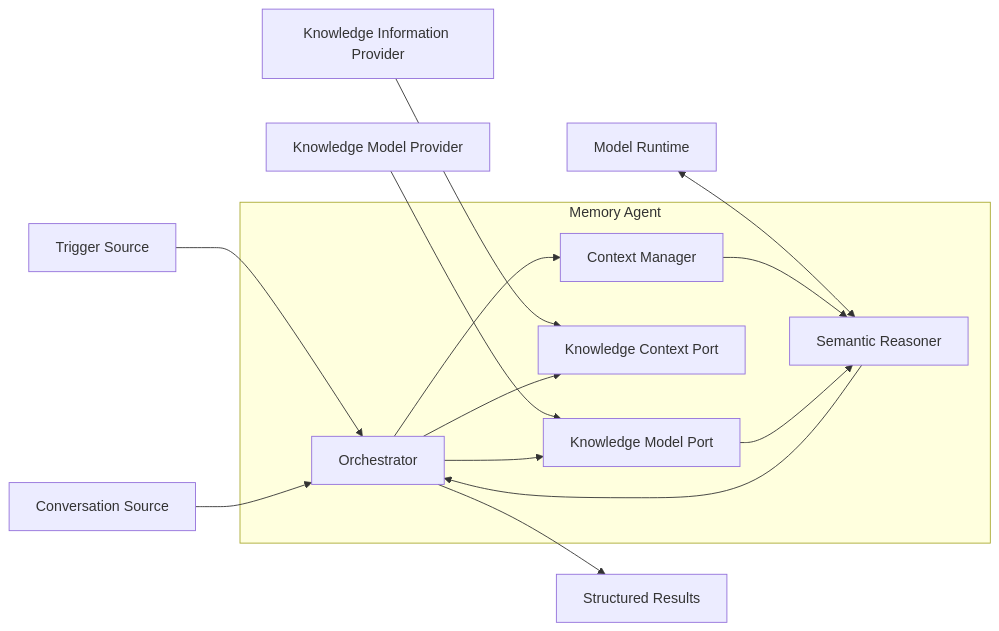
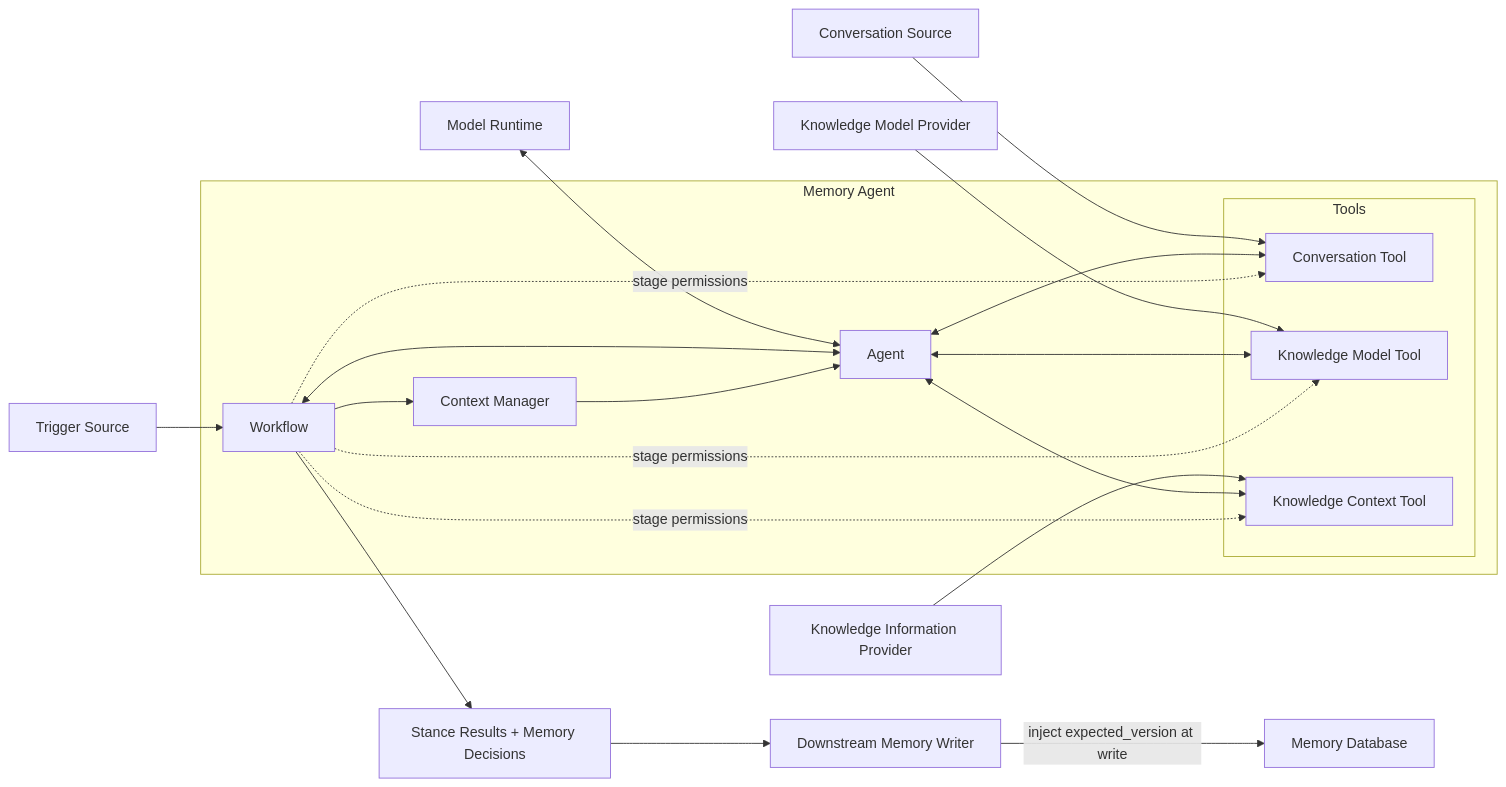
The diagram in zh-CN/01-architecture-and-boundaries.md (gorenx/goren), drawn with Mermaid before and after one commit. The commit also changed other lines of this file and 8 other files, not shown here.

````diff
--- a/zh-CN/01-architecture-and-boundaries.md
+++ b/zh-CN/01-architecture-and-boundaries.md
@@ -143,25 +180,33 @@
 ```mermaid
 flowchart LR
-    T["Trigger Source"] --> O
-    CS["Conversation Source"] --> O
-    KMP["Knowledge Model Provider"] --> KMPORT
-    KI["Knowledge Information Provider"] --> KCP
-    MR["Model Runtime"] <--> SR
+    T["Trigger Source"] --> WF
+    CS["Conversation Source"] --> CT
+    KMP["Knowledge Model Provider"] --> KMT
+    KI["Knowledge Information Provider"] --> KCT
+    MR["Model Runtime"] <--> A
 
     subgraph memory_agent["Memory Agent"]
-        O["Orchestrator"]
+        A["Agent"]
+        WF["Workflow"]
         CM["Context Manager"]
-        SR["Semantic Reasoner"]
-        KMPORT["Knowledge Model Port"]
-        KCP["Knowledge Context Port"]
+        subgraph tools["Tools"]
+            CT["Conversation Tool"]
+            KMT["Knowledge Model Tool"]
+            KCT["Knowledge Context Tool"]
+        end
 
-        O --> CM
-        O --> KMPORT
-        O --> KCP
-        CM --> SR
-        KMPORT --> SR
-        SR --> O
+        WF <--> A
+        WF --> CM
+        CM --> A
+        A <--> CT
+        A <--> KMT
+        A <--> KCT
+        WF -. "stage permissions" .-> CT
+        WF -. "stage permissions" .-> KMT
+        WF -. "stage permissions" .-> KCT
     end
 
-    O --> R["Structured Results"]
+    WF --> R["Stance Results + Memory Decisions"]
+    R --> DMW["Downstream Memory Writer"]
+    DMW -->|"inject expected_version at write"| MDB["Memory Database"]
 ```
````
